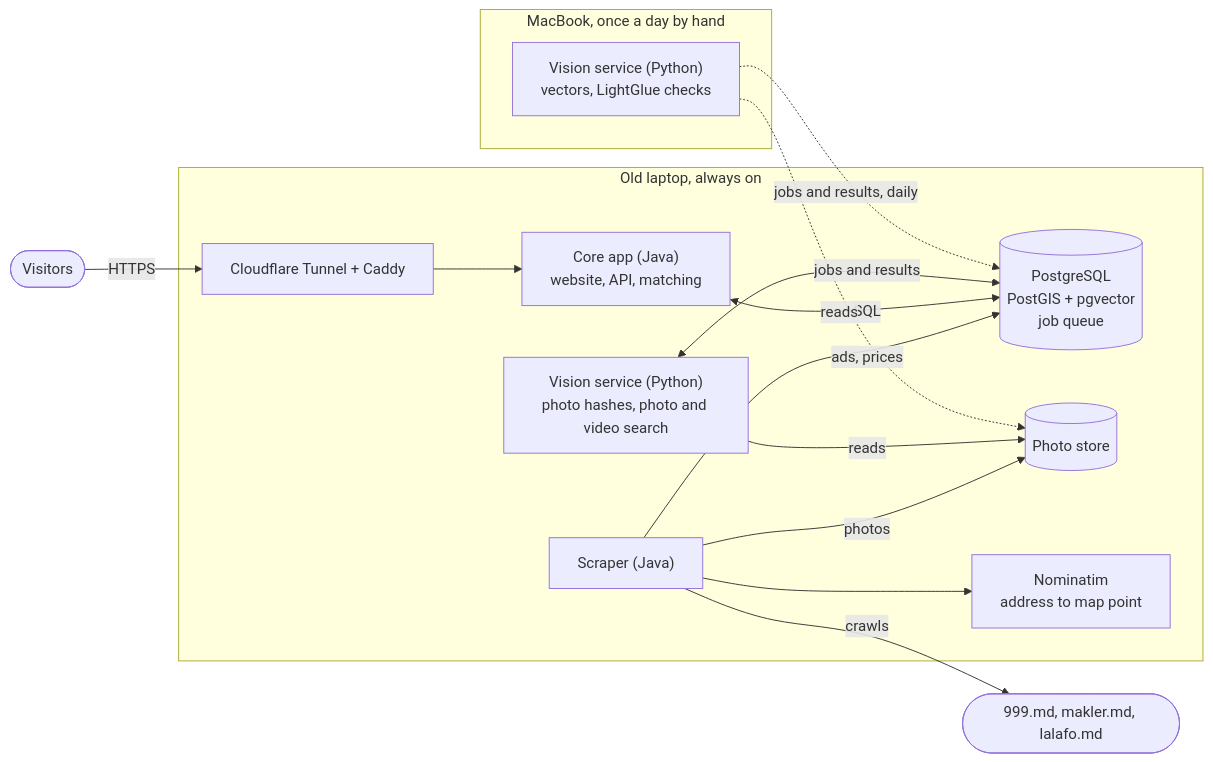
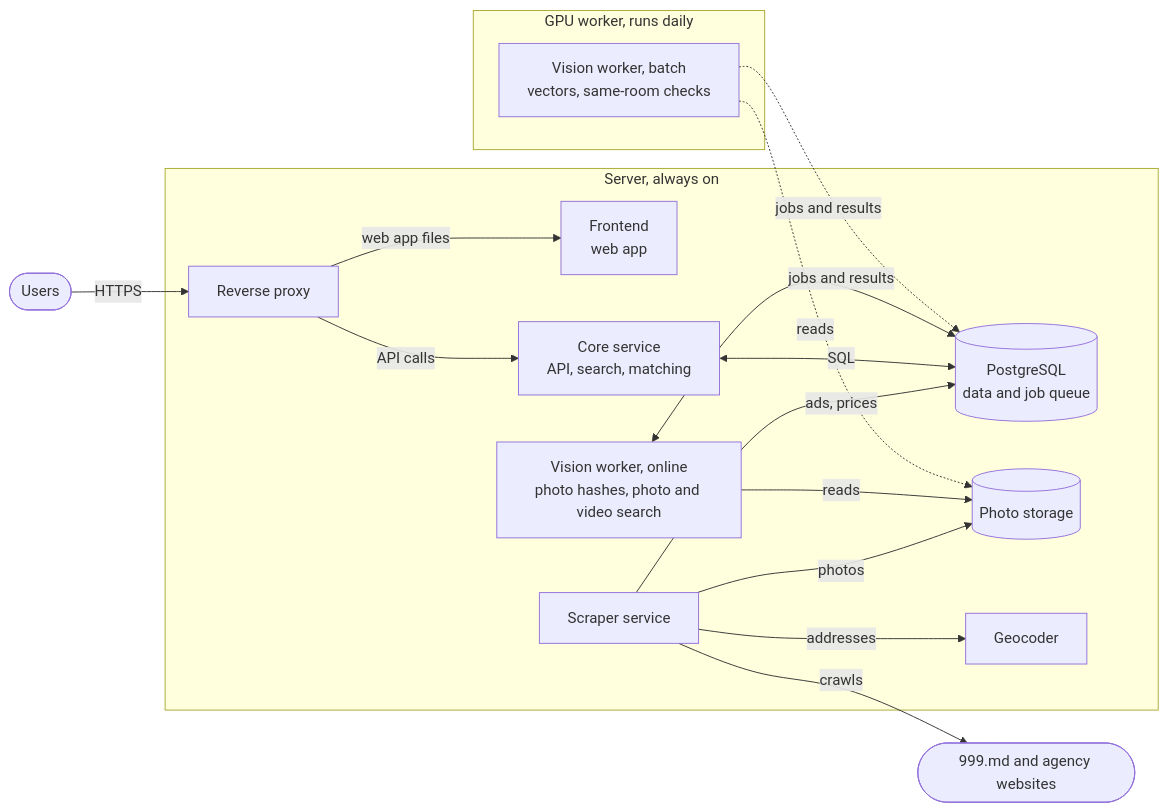
The diagram in README.md (mcittkmims/apartment-lens), drawn with Mermaid before and after one commit. The commit also changed other lines of this file and 2 other files, not shown here.

Commit message:
Add frontend, use generic component names, 999.md and agency websites as sourcesClaude-Session: https://claude.ai/code/session_017Dt9DBNnQxbeH2nxV5Xm2r

````diff
--- a/README.md
+++ b/README.md
@@ -25,30 +26,33 @@
 ```mermaid
 flowchart LR
-    visitors([Visitors])
-    sites([999.md, makler.md, lalafo.md])
+    users([Users])
+    sources([999.md and agency websites])
 
-    subgraph laptop["Old laptop, always on"]
-        proxy["Cloudflare Tunnel + Caddy"]
-        core["Core app (Java)<br/>website, API, matching"]
-        scraper["Scraper (Java)"]
-        db[("PostgreSQL<br/>PostGIS + pgvector<br/>job queue")]
-        store[("Photo store")]
-        vlap["Vision service (Python)<br/>photo hashes, photo and video search"]
-        geo["Nominatim<br/>address to map point"]
+    subgraph server["Server, always on"]
+        proxy["Reverse proxy"]
+        frontend["Frontend<br/>web app"]
+        core["Core service<br/>API, search, matching"]
+        scraper["Scraper service"]
+        db[("PostgreSQL<br/>data and job queue")]
+        store[("Photo storage")]
+        geo["Geocoder"]
+        vonline["Vision worker, online<br/>photo hashes, photo and video search"]
     end
 
-    subgraph mac["MacBook, once a day by hand"]
-        vmac["Vision service (Python)<br/>vectors, LightGlue checks"]
+    subgraph gpu["GPU worker, runs daily"]
+        vbatch["Vision worker, batch<br/>vectors, same-room checks"]
     end
 
-    visitors -->|HTTPS| proxy --> core
-    scraper -->|crawls| sites
+    users -->|HTTPS| proxy
+    proxy -->|web app files| frontend
+    proxy -->|API calls| core
+    scraper -->|crawls| sources
     scraper -->|ads, prices| db
     scraper -->|photos| store
-    scraper --> geo
+    scraper -->|addresses| geo
     core <-->|SQL| db
-    vlap <-->|jobs and results| db
-    vlap -->|reads| store
-    vmac -.->|jobs and results, daily| db
-    vmac -.->|reads| store
+    vonline <-->|jobs and results| db
+    vonline -->|reads| store
+    vbatch -.->|jobs and results| db
+    vbatch -.->|reads| store
 ```
````
